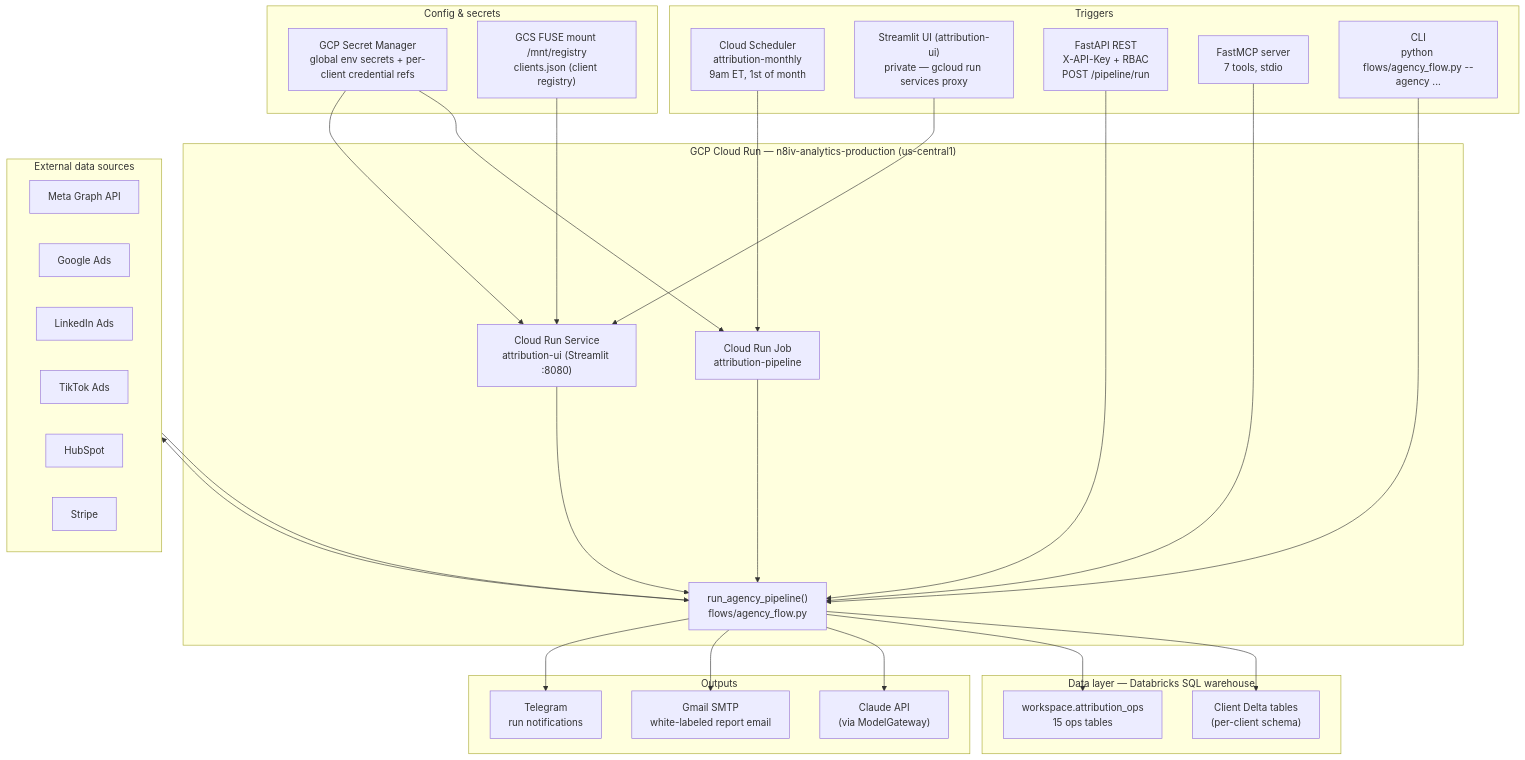
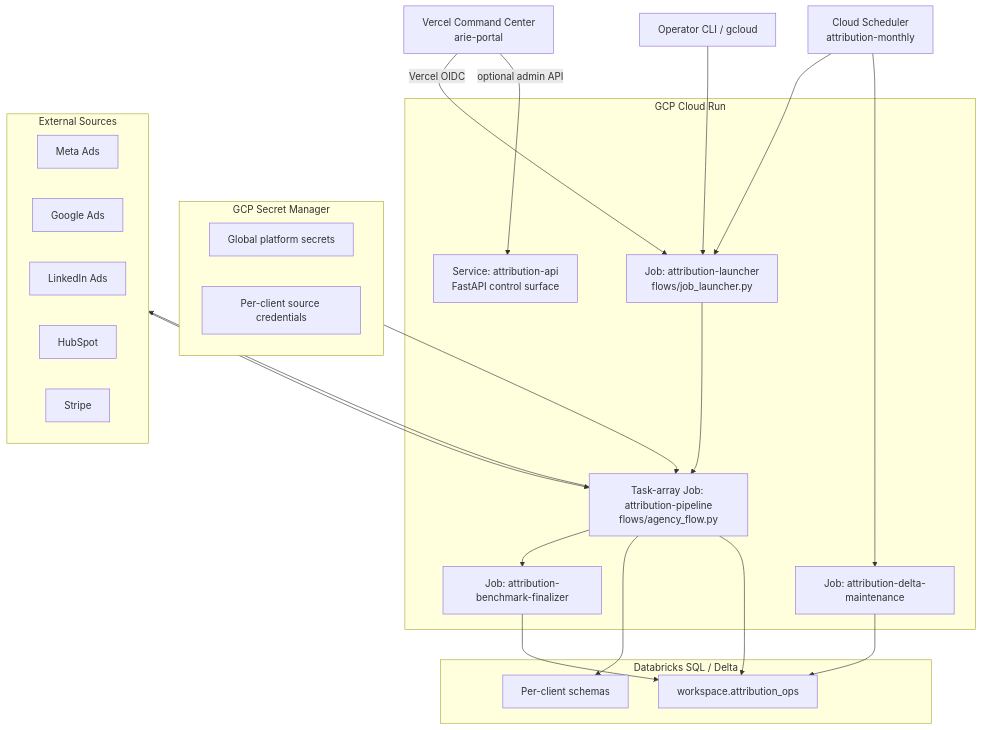
One commit to N8iVPromotions/attribution-agent changed the first of 2 diagrams in docs/ARCHITECTURE.md. Above: the diagram before and after it, drawn with Mermaid. The commit also changed other lines of this file and 48 other files, not shown here.

First line of the commit message:
Consolidate ARIE Command Center and patch dependency advisories (#70)

````diff
--- a/docs/ARCHITECTURE.md
+++ b/docs/ARCHITECTURE.md
@@ -12,58 +9,47 @@
 ```mermaid
 flowchart TD
-    subgraph triggers["Triggers"]
-        SCHED["Cloud Scheduler<br/>attribution-monthly<br/>9am ET, 1st of month"]
-        UI["Streamlit UI (attribution-ui)<br/>private — gcloud run services proxy"]
-        API["FastAPI REST<br/>X-API-Key + RBAC<br/>POST /pipeline/run"]
-        MCP["FastMCP server<br/>7 tools, stdio"]
-        CLI["CLI<br/>python flows/agency_flow.py --agency ..."]
+    UI["Vercel Command Center<br/>arie-portal"]
+    SCHED["Cloud Scheduler<br/>attribution-monthly"]
+    CLI["Operator CLI / gcloud"]
+
+    subgraph GCP["GCP Cloud Run"]
+        LAUNCHER["Job: attribution-launcher<br/>flows/job_launcher.py"]
+        PIPELINE["Task-array Job: attribution-pipeline<br/>flows/agency_flow.py"]
+        FINALIZER["Job: attribution-benchmark-finalizer"]
+        MAINT["Job: attribution-delta-maintenance"]
+        API["Service: attribution-api<br/>FastAPI control surface"]
     end
 
-    subgraph compute["GCP Cloud Run — n8iv-analytics-production (us-central1)"]
-        JOB["Cloud Run Job<br/>attribution-pipeline"]
-        SVC["Cloud Run Service<br/>attribution-ui (Streamlit :8080)"]
-        PIPE["run_agency_pipeline()<br/>flows/agency_flow.py"]
+    subgraph DATA["Databricks SQL / Delta"]
+        OPS["workspace.attribution_ops"]
+        CLIENT["Per-client schemas"]
     end
 
-    subgraph secrets["Config & secrets"]
-        SM["GCP Secret Manager<br/>global env secrets + per-client credential refs"]
-        GCS["GCS FUSE mount /mnt/registry<br/>clients.json (client registry)"]
+    subgraph SECRETS["GCP Secret Manager"]
+        GLOBAL["Global platform secrets"]
+        CLIENTCREDS["Per-client source credentials"]
     end
 
-    subgraph sources["External data sources"]
-        META["Meta Graph API"]
-        GOOG["Google Ads"]
-        LI["LinkedIn Ads"]
-        TT["TikTok Ads"]
-        HS["HubSpot"]
-        STR["Stripe"]
+    subgraph SOURCES["External Sources"]
+        META["Meta Ads"]
+        GOOGLE["Google Ads"]
+        LINKEDIN["LinkedIn Ads"]
+        HUBSPOT["HubSpot"]
+        STRIPE["Stripe"]
     end
 
-    subgraph data["Data layer — Databricks SQL warehouse"]
-        DELTA["Client Delta tables<br/>(per-client schema)"]
-        OPS["workspace.attribution_ops<br/>15 ops tables"]
-    end
-
-    subgraph outputs["Outputs"]
-        CLAUDE["Claude API<br/>(via ModelGateway)"]
-        GMAIL["Gmail SMTP<br/>white-labeled report email"]
-        TG["Telegram<br/>run notifications"]
-    end
-
-    SCHED --> JOB
-    CLI --> PIPE
-    UI --> SVC --> PIPE
-    API --> PIPE
-    MCP --> PIPE
-    JOB --> PIPE
-    SM --> JOB
-    SM --> SVC
-    GCS --> SVC
-    PIPE --> sources
-    sources --> PIPE
-    PIPE --> DELTA
-    PIPE --> OPS
-    PIPE --> CLAUDE
-    PIPE --> GMAIL
-    PIPE --> TG
+    UI -- Vercel OIDC --> LAUNCHER
+    UI -- optional admin API --> API
+    SCHED --> LAUNCHER
+    CLI --> LAUNCHER
+    LAUNCHER --> PIPELINE
+    PIPELINE --> FINALIZER
+    SCHED --> MAINT
+    SECRETS --> PIPELINE
+    PIPELINE --> SOURCES
+    SOURCES --> PIPELINE
+    PIPELINE --> CLIENT
+    PIPELINE --> OPS
+    FINALIZER --> OPS
+    MAINT --> OPS
 ```
````
